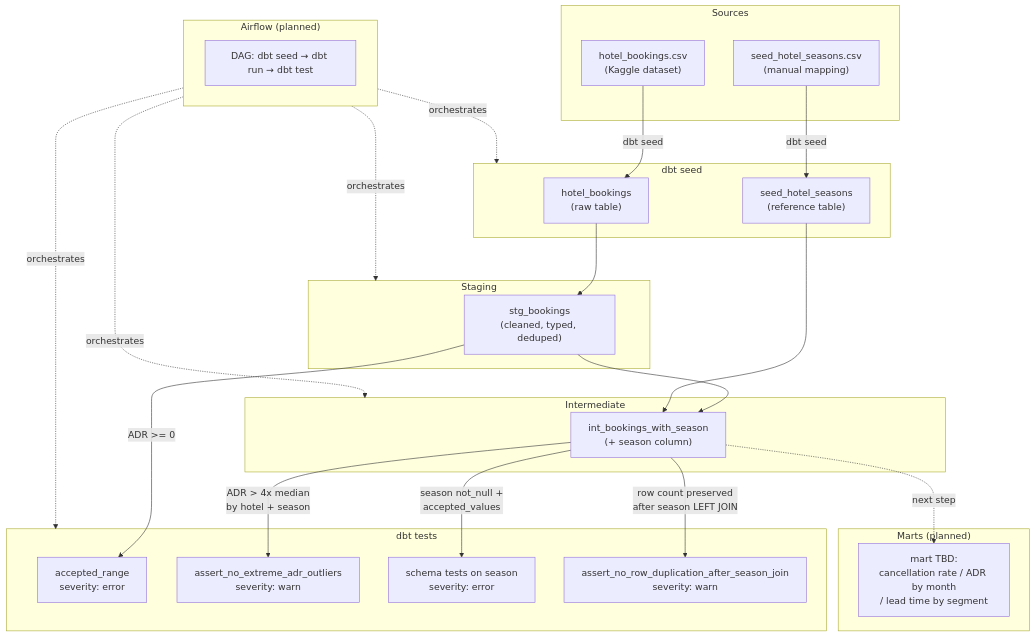
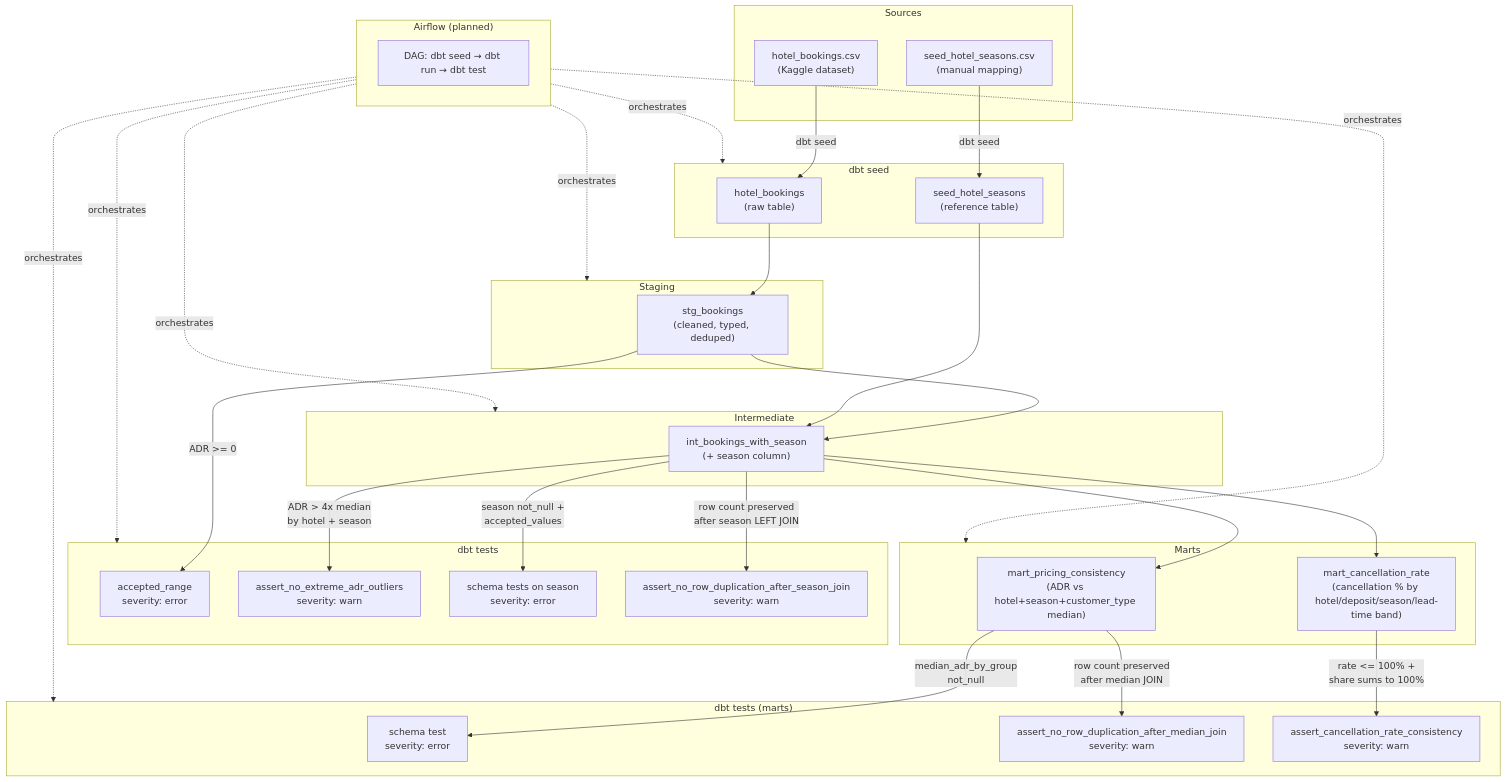
One commit to JBaptisteAll/Hotel_Booking_Pipeline changed the diagram in README.md. Above: the diagram before and after it, drawn with Mermaid. The commit also changed other lines of this file and 1 other file, not shown here.

Commit message:
doc: updated documentations to reflect on the actual project advancement.

````diff
--- a/README.md
+++ b/README.md
@@ -3,41 +3,50 @@
 ```mermaid
 flowchart TD
     subgraph Sources["Sources"]
         CSV["hotel_bookings.csv<br/>(Kaggle dataset)"]
         SEASONS["seed_hotel_seasons.csv<br/>(manual mapping)"]
     end
 
     subgraph Seed["dbt seed"]
         CSV -->|dbt seed| RAW["hotel_bookings<br/>(raw table)"]
         SEASONS -->|dbt seed| SEASON_TABLE["seed_hotel_seasons<br/>(reference table)"]
     end
 
     subgraph Staging["Staging"]
         RAW --> STG["stg_bookings<br/>(cleaned, typed, deduped)"]
     end
 
     subgraph Intermediate["Intermediate"]
         STG --> INT["int_bookings_with_season<br/>(+ season column)"]
         SEASON_TABLE --> INT
     end
 
     subgraph Tests["dbt tests"]
         STG -->|ADR >= 0| T1["accepted_range<br/>severity: error"]
         INT -->|ADR > 4x median<br/>by hotel + season| T2["assert_no_extreme_adr_outliers<br/>severity: warn"]
         INT -->|season not_null +<br/>accepted_values| T3["schema tests on season<br/>severity: error"]
         INT -->|row count preserved<br/>after season LEFT JOIN| T4["assert_no_row_duplication_after_season_join<br/>severity: warn"]
     end
 
-    subgraph Marts["Marts (planned)"]
-        INT -.->|next step| MART["mart TBD:<br/>cancellation rate / ADR by month<br/>/ lead time by segment"]
+    subgraph Marts["Marts"]
+        INT --> MART_PRICE["mart_pricing_consistency<br/>(ADR vs hotel+season+customer_type median)"]
+        INT --> MART_CANCEL["mart_cancellation_rate<br/>(cancellation % by hotel/deposit/season/lead-time band)"]
+    end
+
+    subgraph MartTests["dbt tests (marts)"]
+        MART_PRICE -->|median_adr_by_group<br/>not_null| T5["schema test<br/>severity: error"]
+        MART_PRICE -->|row count preserved<br/>after median JOIN| T6["assert_no_row_duplication_after_median_join<br/>severity: warn"]
+        MART_CANCEL -->|rate <= 100% +<br/>share sums to 100%| T7["assert_cancellation_rate_consistency<br/>severity: warn"]
     end
 
     subgraph Orchestration["Airflow (planned)"]
         DAG["DAG: dbt seed → dbt run → dbt test"]
     end
 
     Orchestration -.orchestrates.-> Seed
     Orchestration -.orchestrates.-> Staging
     Orchestration -.orchestrates.-> Intermediate
     Orchestration -.orchestrates.-> Tests
+    Orchestration -.orchestrates.-> Marts
+    Orchestration -.orchestrates.-> MartTests
 ```
````
